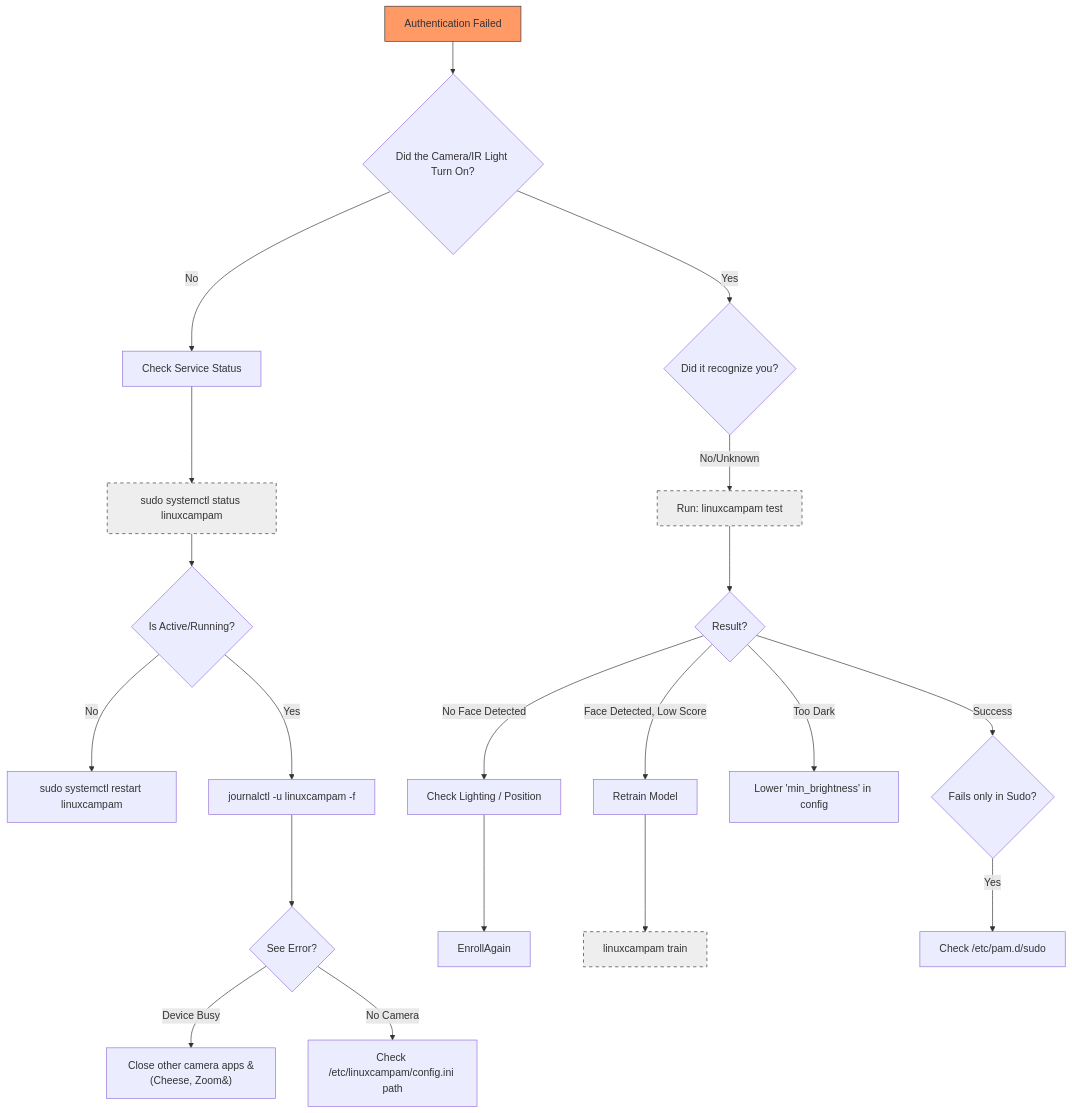
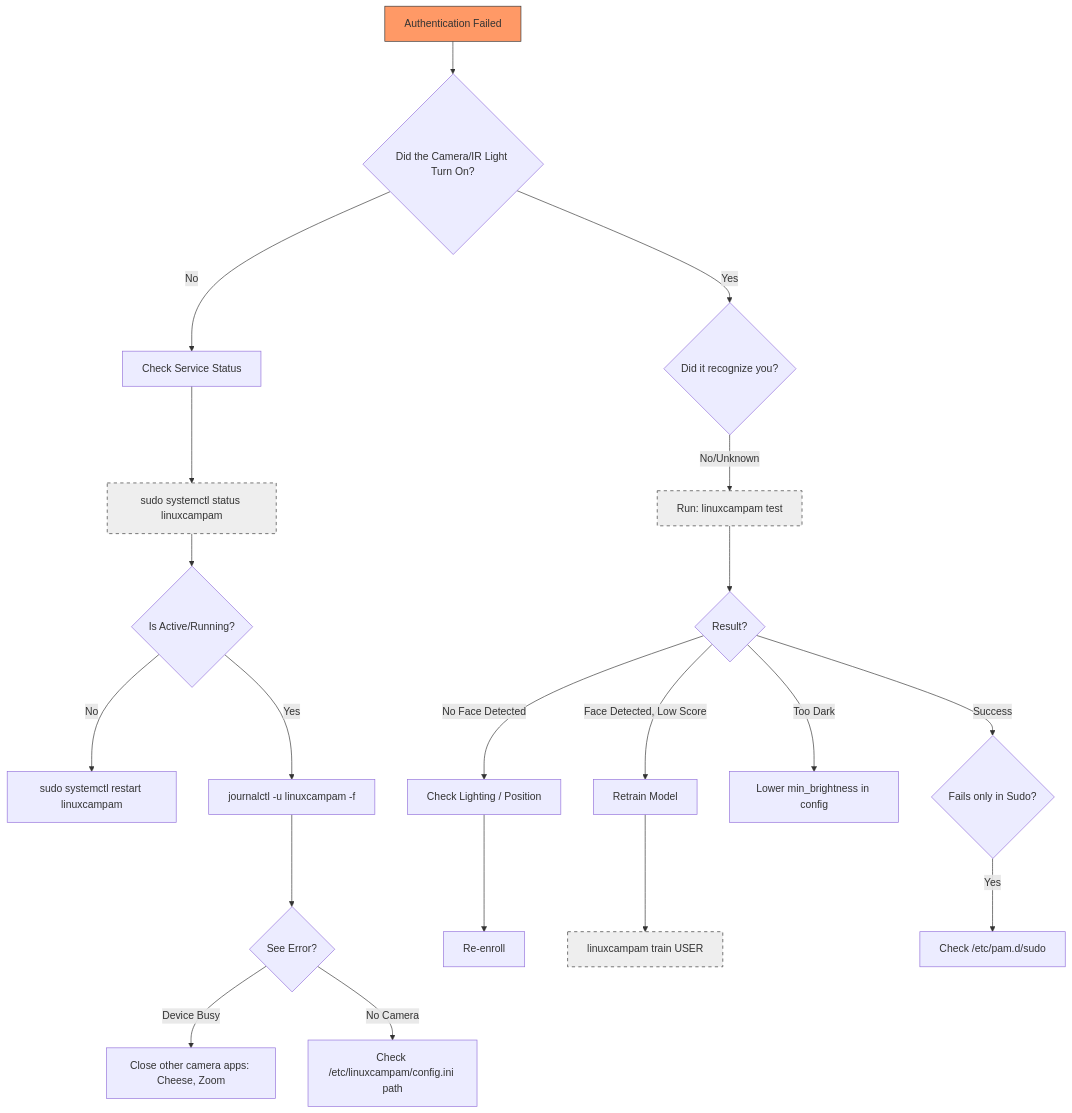
Before and after one commit to Vladush/LinuxCamPAM: the first of 4 diagrams in docs/USER_FLOWS.md, drawn with Mermaid. The commit also changed other lines of this file, not shown here.

Commit message:
Fix all Mermaid diagram parsing errors for GitHub rendering

````diff
--- a/docs/USER_FLOWS.md
+++ b/docs/USER_FLOWS.md
@@ -9,33 +9,33 @@
 ```mermaid
 graph TD
-    Start[Authentication Failed] --> Q1{Did the Camera/IR Light Turn On?}
+    Start["Authentication Failed"] --> Q1{"Did the Camera/IR Light Turn On?"}
     
-    Q1 -- No --> CheckService[Check Service Status]
+    Q1 -->|No| CheckService["Check Service Status"]
     CheckService --> Cmd1["sudo systemctl status linuxcampam"]
-    Cmd1 --> Q2{Is Active/Running?}
-    Q2 -- No --> Restart[sudo systemctl restart linuxcampam]
-    Q2 -- Yes --> CheckLog["journalctl -u linuxcampam -f"]
-    CheckLog --> Err{See Error?}
-    Err -- "Device Busy" --> CloseApp[Close other camera apps &#40;Cheese, Zoom&#41;]
-    Err -- "No Camera" --> Config[Check /etc/linuxcampam/config.ini path]
+    Cmd1 --> Q2{"Is Active/Running?"}
+    Q2 -->|No| Restart["sudo systemctl restart linuxcampam"]
+    Q2 -->|Yes| CheckLog["journalctl -u linuxcampam -f"]
+    CheckLog --> Err{"See Error?"}
+    Err -->|Device Busy| CloseApp["Close other camera apps: Cheese, Zoom"]
+    Err -->|No Camera| Config["Check /etc/linuxcampam/config.ini path"]
 
-    Q1 -- Yes --> Q3{Did it recognize you?}
-    Q3 -- No/Unknown --> TestCmd["Run: linuxcampam test"]
-    TestCmd --> Result{Result?}
+    Q1 -->|Yes| Q3{"Did it recognize you?"}
+    Q3 -->|No/Unknown| TestCmd["Run: linuxcampam test"]
+    TestCmd --> Result{"Result?"}
     
-    Result -- "No Face Detected" --> Lighting[Check Lighting / Position]
-    Lighting --> EnrollAgain
+    Result -->|No Face Detected| Lighting["Check Lighting / Position"]
+    Lighting --> EnrollAgain["Re-enroll"]
     
-    Result -- "Face Detected, Low Score" --> Retrain[Retrain Model]
-    Retrain --> CmdTrain["linuxcampam train <user>"]
+    Result -->|Face Detected, Low Score| Retrain["Retrain Model"]
+    Retrain --> CmdTrain["linuxcampam train USER"]
     
-    Result -- "Too Dark" --> MinBright[Lower 'min_brightness' in config]
+    Result -->|Too Dark| MinBright["Lower min_brightness in config"]
     
-    Result -- "Success" --> PAM{Fails only in Sudo?}
-    PAM -- Yes --> PAMConfig[Check /etc/pam.d/sudo]
+    Result -->|Success| PAM{"Fails only in Sudo?"}
+    PAM -->|Yes| PAMConfig["Check /etc/pam.d/sudo"]
     
     style Start fill:#f96,stroke:#333
     style Cmd1 fill:#eee,stroke:#333,stroke-dasharray: 5 5
     style CmdTrain fill:#eee,stroke:#333,stroke-dasharray: 5 5
     style TestCmd fill:#eee,stroke:#333,stroke-dasharray: 5 5
 ```
````
